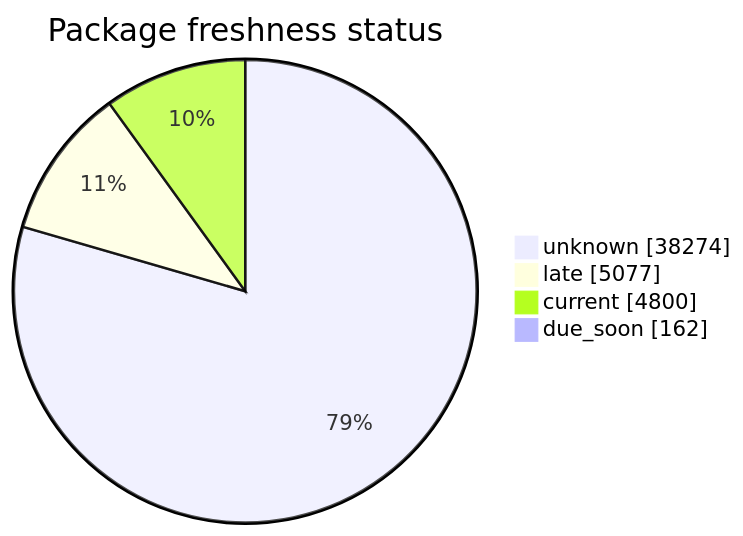
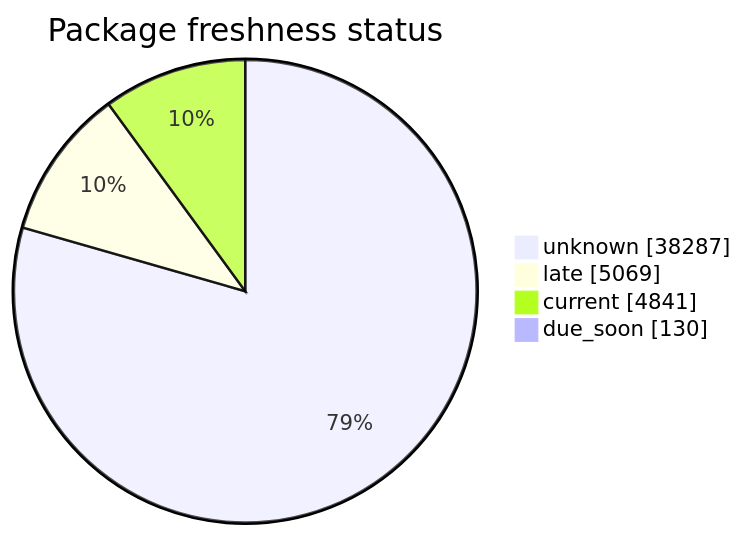
Before and after one commit to open-data/analytics-corporate-reporting: the second of 5 diagrams in FreshCheck/README.md, drawn with Mermaid. The commit also changed other lines of this file and 3 other files, not shown here.

````diff
--- a/FreshCheck/README.md
+++ b/FreshCheck/README.md
@@ -68,7 +68,7 @@
 ```mermaid
 pie showData title Package freshness status
-    "unknown": 38274
-    "late": 5077
-    "current": 4800
-    "due_soon": 162
+    "unknown": 38287
+    "late": 5069
+    "current": 4841
+    "due_soon": 130
 ```
````
